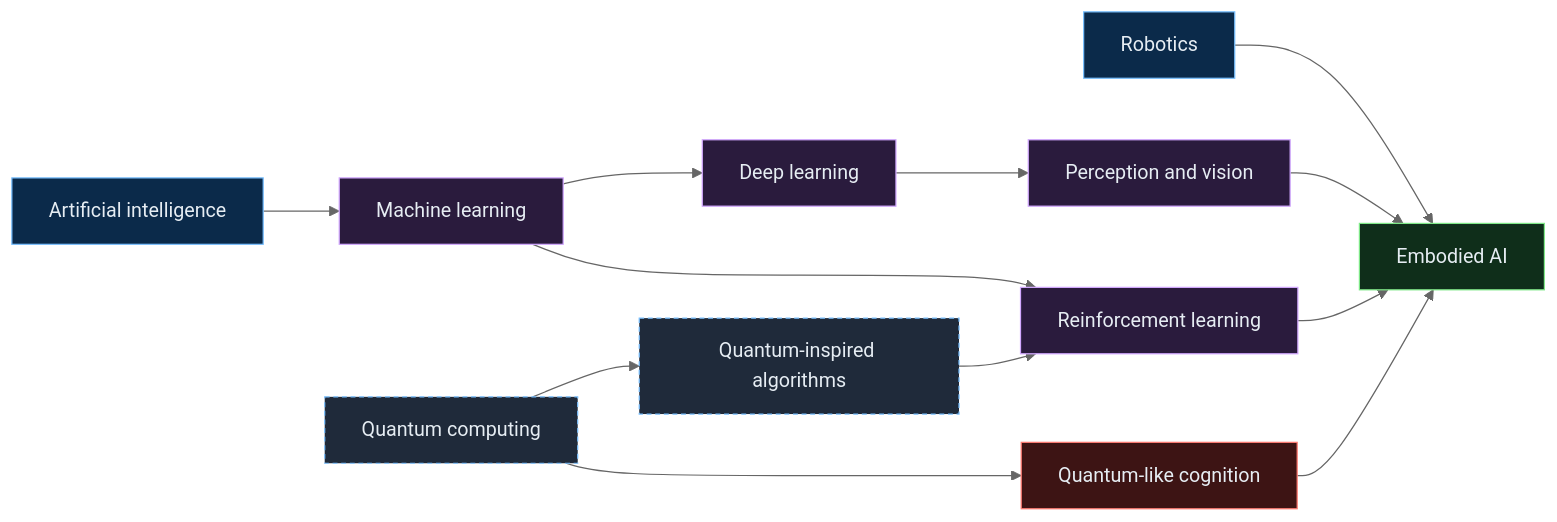
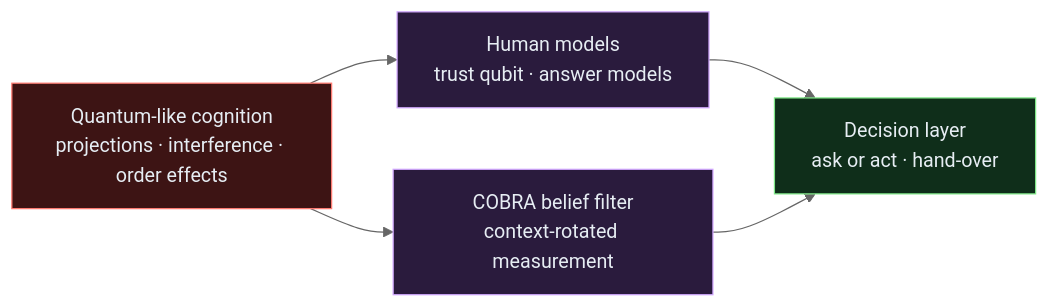
One commit to yeshwanthguru/Quantum-mind changed the diagram in docs/learn/index.md. Above: the diagram before and after it, drawn with Mermaid (neutral theme). The commit also changed other lines of this file and 182 other files, not shown here.

First line of the commit message:
Rebuild the library around quantum-probability cognition for robotics

````diff
--- a/docs/learn/index.md
+++ b/docs/learn/index.md
@@ -8,20 +7,12 @@
 ```{mermaid}
 flowchart LR
-    accTitle: Foundations, diagram 1
-    accDescr: How the Foundations topics connect: robotics, AI, machine learning, deep learning, reinforcement learning and perception lead to embodied AI; quantum computing leads to quantum-inspired algorithms and quantum-like cognition.
-    R["Robotics"]:::a --> E["Embodied AI"]:::c
-    AI["Artificial intelligence"]:::a --> ML["Machine learning"]:::b --> DL["Deep learning"]:::b
-    ML --> RL["Reinforcement learning"]:::b
-    DL --> P["Perception and vision"]:::b
-    P --> E
-    RL --> E
-    QC["Quantum computing"]:::q --> QI["Quantum-inspired algorithms"]:::q
-    QC --> QL["Quantum-like cognition"]:::h
-    QL --> E
-    QI --> RL
-    classDef a fill:#0b2a4a,stroke:#79c0ff,color:#e6edf3
-    classDef b fill:#2a1b3d,stroke:#d2a8ff,color:#e6edf3
-    classDef c fill:#0f2e1a,stroke:#7ee787,color:#e6edf3
-    classDef q fill:#1f2a3a,stroke:#79c0ff,color:#e6edf3,stroke-dasharray:4 3
+    accTitle: Background, diagram 1
+    accDescr: Quantum-like cognition provides the human models; COBRA turns the same mathematics into a robot belief filter; the decision layer turns beliefs into actions under cost.
+    QL["Quantum-like cognition<br/>projections · interference · order effects"]:::h --> H["Human models<br/>trust qubit · answer models"]:::op
+    QL --> C["COBRA belief filter<br/>context-rotated measurement"]:::op
+    H --> D["Decision layer<br/>ask or act · hand-over"]:::out
+    C --> D
+    classDef op fill:#2a1b3d,stroke:#d2a8ff,color:#e6edf3
+    classDef out fill:#0f2e1a,stroke:#7ee787,color:#e6edf3
     classDef h fill:#3d1414,stroke:#ff7b72,color:#e6edf3
 ```
````
